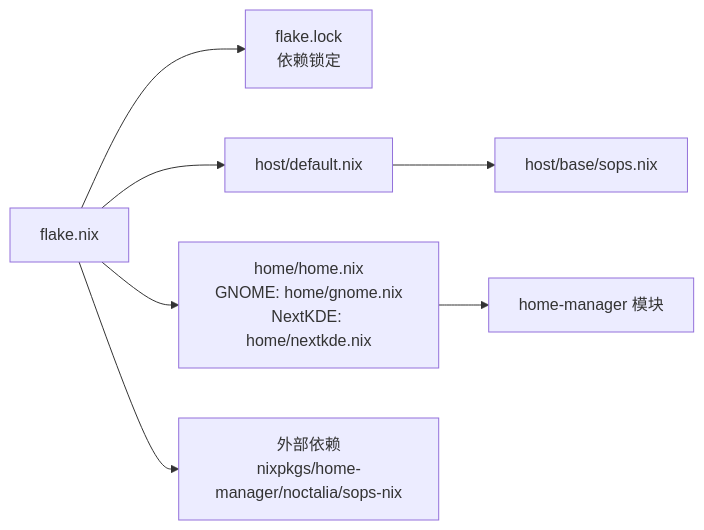
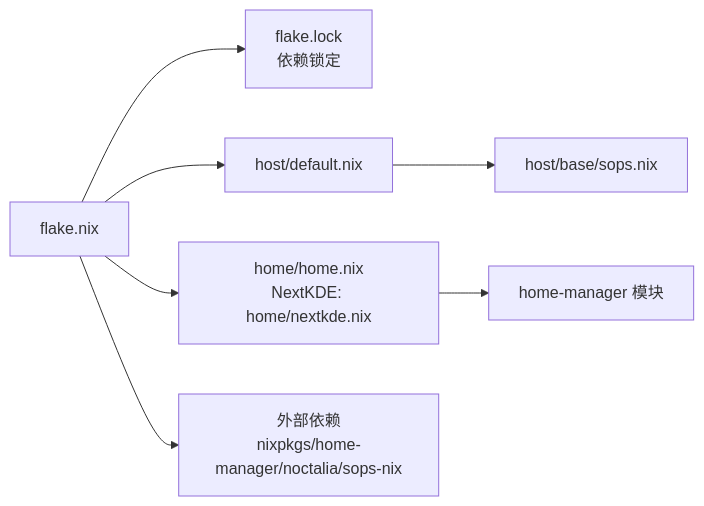
Before and after one commit to Shangshui0302/myNixOSConfig: the second of 3 diagrams in wiki/architecture/flake.md, drawn with Mermaid. The commit also changed other lines of this file and 57 other files, not shown here.

````diff
--- a/wiki/architecture/flake.md
+++ b/wiki/architecture/flake.md
@@ -111,9 +108,9 @@
 ```mermaid
 graph LR
 Root["flake.nix"] --> Lock["flake.lock<br/>依赖锁定"]
 Root --> Host["host/default.nix"]
-Root --> Home["home/home.nix<br/>GNOME: home/gnome.nix<br/>NextKDE: home/nextkde.nix"]
+Root --> Home["home/home.nix<br/>NextKDE: home/nextkde.nix"]
 Host --> SOPS["host/base/sops.nix"]
 Home --> HM["home-manager 模块"]
 Root --> Ext["外部依赖<br/>nixpkgs/home-manager/noctalia/sops-nix"]
 ```
````
